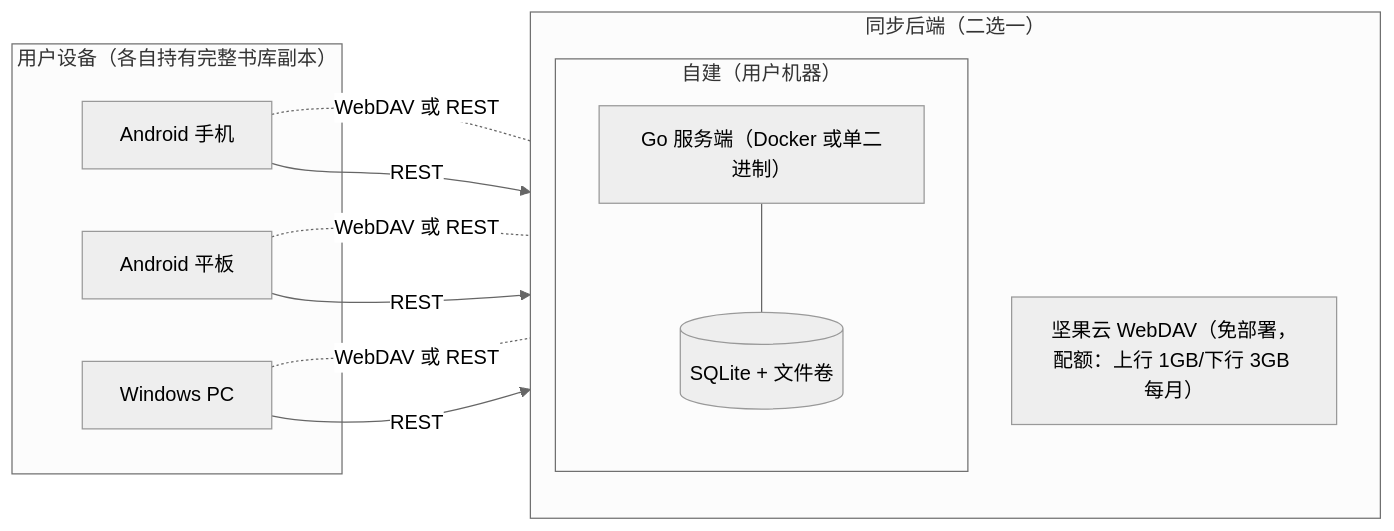
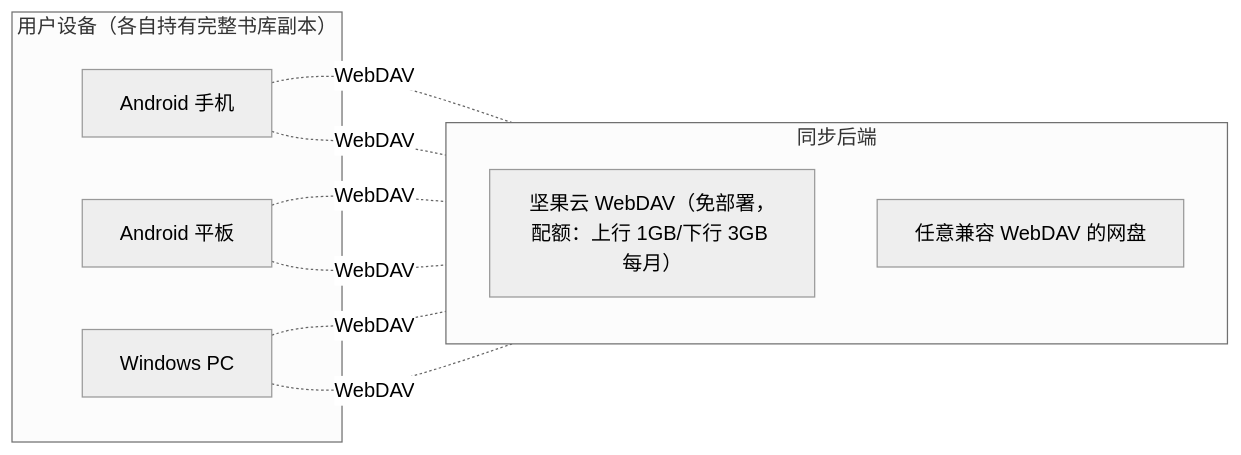
The fourth of 4 diagrams in docs/03-系统架构设计.md (No-name0719/sync-reader), drawn with Mermaid (neutral theme) before and after one commit. The commit also changed other lines of this file and 30 other files, not shown here.

````diff
--- a/docs/03-系统架构设计.md
+++ b/docs/03-系统架构设计.md
@@ -243,23 +241,19 @@
 ```mermaid
 flowchart LR
     subgraph UserDevices["用户设备（各自持有完整书库副本）"]
         A["Android 手机"]
         T["Android 平板"]
         W["Windows PC"]
     end
-    subgraph BackendChoice["同步后端（二选一）"]
+    subgraph BackendChoice["同步后端"]
         direction TB
         JYD["坚果云 WebDAV（免部署，配额：上行 1GB/下行 3GB 每月）"]
-        subgraph SelfHost["自建（用户机器）"]
-            SRV["Go 服务端（Docker 或单二进制）"]
-            DB[("SQLite + 文件卷")]
-            SRV --- DB
-        end
+        OTH["任意兼容 WebDAV 的网盘"]
     end
-    A -. "WebDAV 或 REST" .- JYD
-    T -. "WebDAV 或 REST" .- JYD
-    W -. "WebDAV 或 REST" .- JYD
-    A -- "REST" --> SRV
-    T -- "REST" --> SRV
-    W -- "REST" --> SRV
+    A -. "WebDAV" .- JYD
+    T -. "WebDAV" .- JYD
+    W -. "WebDAV" .- JYD
+    A -. "WebDAV" .- OTH
+    T -. "WebDAV" .- OTH
+    W -. "WebDAV" .- OTH
 ```
````
